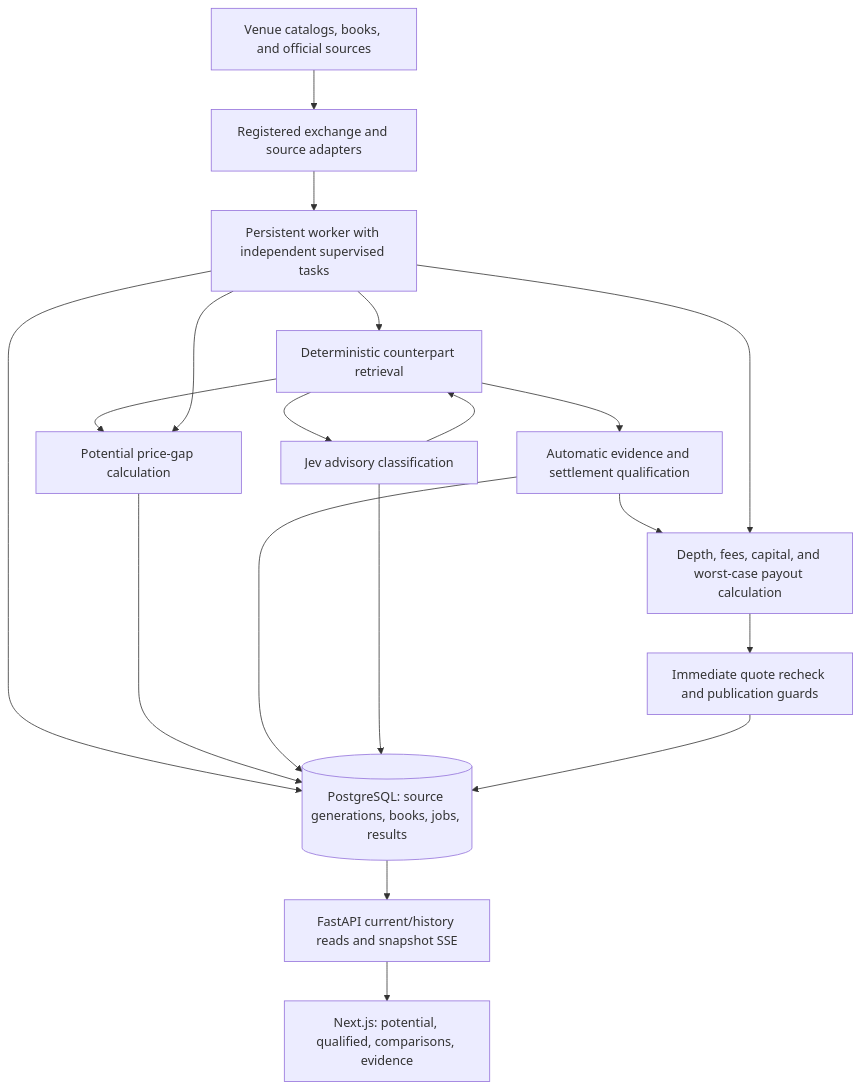
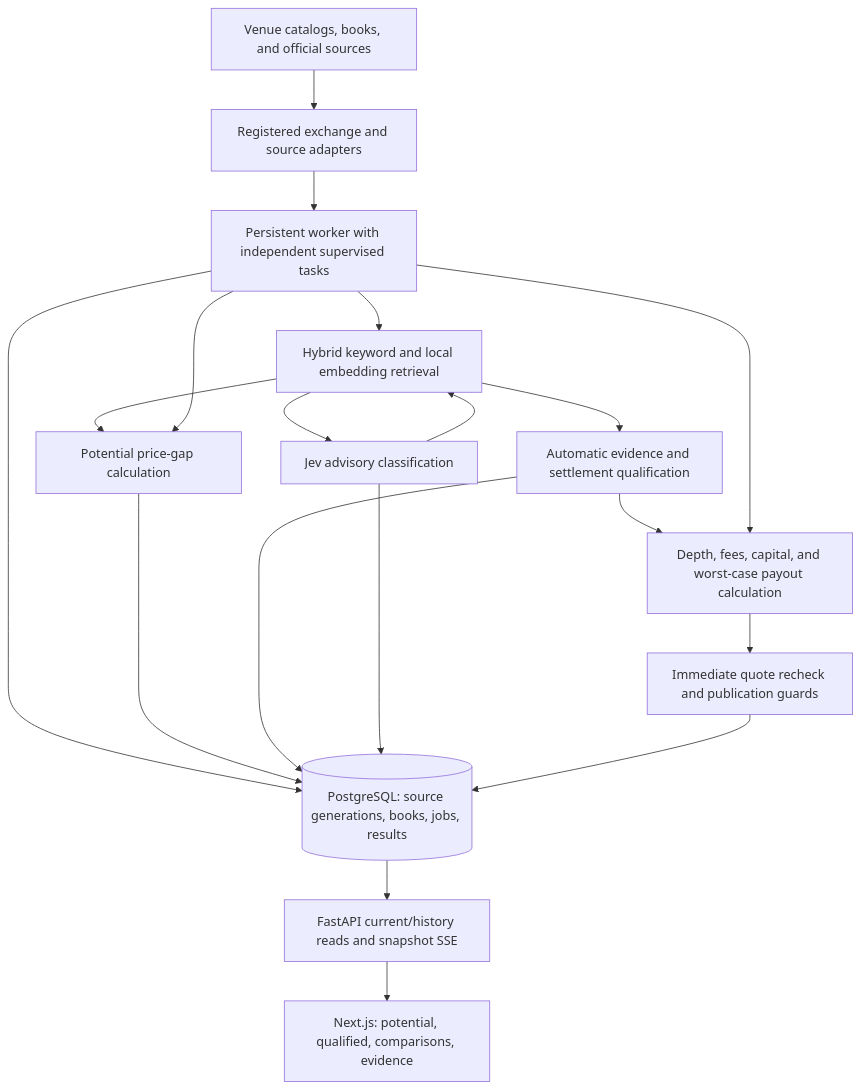
The diagram in docs/system-design.md (acheng2007/arbbot), drawn with Mermaid before and after one commit. The commit also changed other lines of this file and 92 other files, not shown here.

````diff
--- a/docs/system-design.md
+++ b/docs/system-design.md
@@ -40,21 +40,21 @@
 ```mermaid
 flowchart TD
     V[Venue catalogs, books, and official sources] --> A[Registered exchange and source adapters]
     A --> W[Persistent worker with independent supervised tasks]
     W --> DB[(PostgreSQL: source generations, books, jobs, results)]
-    W --> R[Deterministic counterpart retrieval]
+    W --> R[Hybrid keyword and local embedding retrieval]
     R --> J[Jev advisory classification]
     R --> Q[Automatic evidence and settlement qualification]
     J --> R
     R --> P[Potential price-gap calculation]
     Q --> E[Depth, fees, capital, and worst-case payout calculation]
     W --> P
     W --> E
     E --> G[Immediate quote recheck and publication guards]
     P --> DB
     Q --> DB
     J --> DB
     G --> DB
     DB --> API[FastAPI current/history reads and snapshot SSE]
     API --> WEB[Next.js: potential, qualified, comparisons, evidence]
 ```
````
